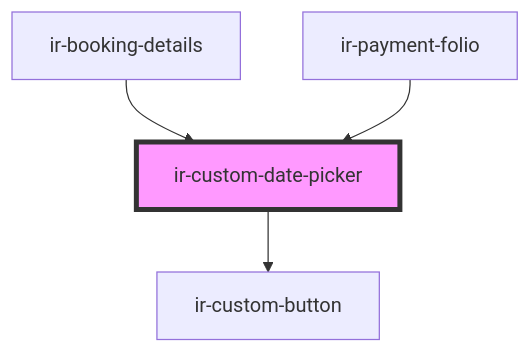
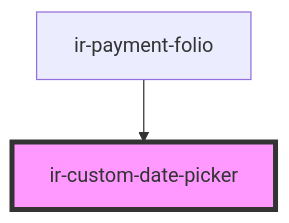
Before and after one commit to David1Chowaifaty/modified-ir-webcmp: the diagram in src/components/ir-custom-date-picker/readme.md, drawn with Mermaid. The commit also changed other lines of this file and 25 other files, not shown here.

````diff
--- a/src/components/ir-custom-date-picker/readme.md
+++ b/src/components/ir-custom-date-picker/readme.md
@@ -75,7 +70,5 @@
 ```mermaid
 graph TD;
-  ir-custom-date-picker --> ir-custom-button
-  ir-booking-details --> ir-custom-date-picker
   ir-payment-folio --> ir-custom-date-picker
   style ir-custom-date-picker fill:#f9f,stroke:#333,stroke-width:4px
 ```
````
